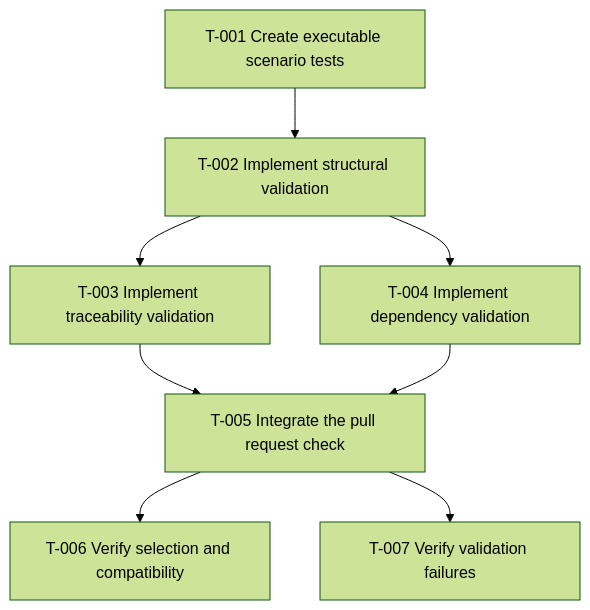
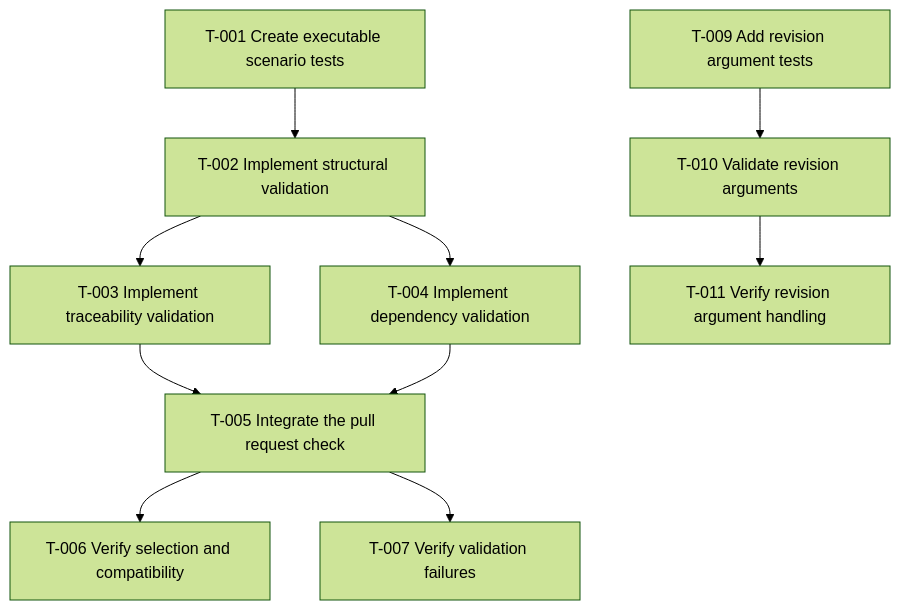
Before and after one commit to b-chua-student/theseus: the diagram in specs/devops/spec-file-check-workflow/tasks.md, drawn with Mermaid (forest theme). The commit also changed other lines of this file and 6 other files, not shown here.

First line of the commit message:
fix(spec-check): reject option-like Git revision arguments

````diff
--- a/specs/devops/spec-file-check-workflow/tasks.md
+++ b/specs/devops/spec-file-check-workflow/tasks.md
@@ -5,17 +5,22 @@
 ```mermaid
 flowchart TD
     T001["T-001 Create executable scenario tests"]
     T002["T-002 Implement structural validation"]
     T003["T-003 Implement traceability validation"]
     T004["T-004 Implement dependency validation"]
     T005["T-005 Integrate the pull request check"]
     T006["T-006 Verify selection and compatibility"]
     T007["T-007 Verify validation failures"]
+    T009["T-009 Add revision argument tests"]
+    T010["T-010 Validate revision arguments"]
+    T011["T-011 Verify revision argument handling"]
     T001 --> T002
     T002 --> T003
     T002 --> T004
     T003 --> T005
     T004 --> T005
     T005 --> T006
     T005 --> T007
+    T009 --> T010
+    T010 --> T011
 ```
````
